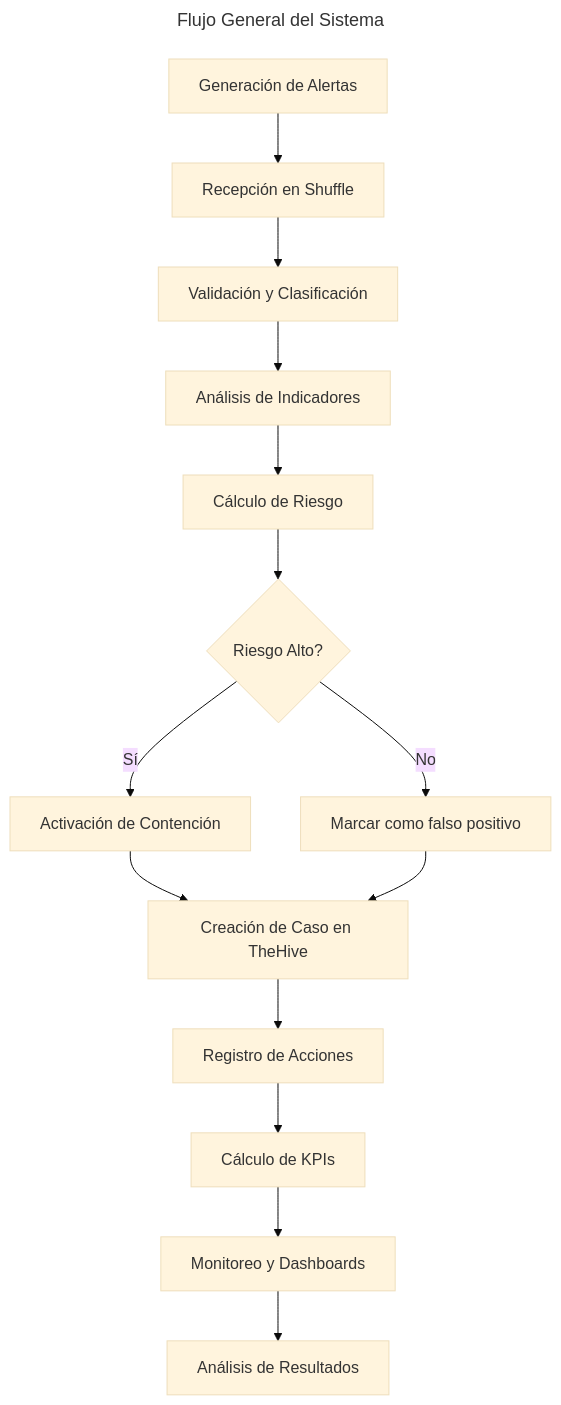
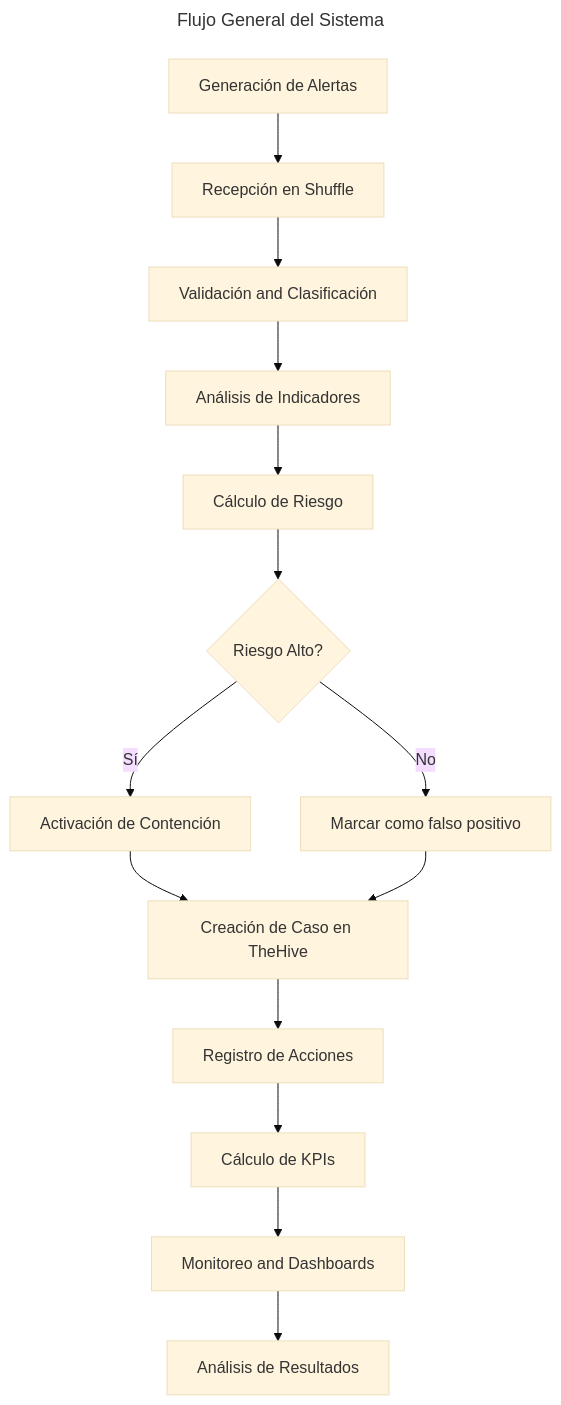
Before and after one commit to alesanfe/soar-ransomware-lab: diagram 17 of 22 in docs/02-architecture.md, drawn with Mermaid (base theme). The commit also changed other lines of this file and 1 other file, not shown here.

Commit message:
docs: fix Mermaid labels Spanish 'y'->'and', 'o'->'or' for consistency

````diff
--- a/docs/02-architecture.md
+++ b/docs/02-architecture.md
@@ -3634,19 +3634,19 @@
 ```mermaid
 ---
 title: Flujo General del Sistema
 ---
 graph TD
     A[Generación de Alertas] --> B[Recepción en Shuffle]
-    B --> C[Validación y Clasificación]
+    B --> C[Validación and Clasificación]
     C --> D[Análisis de Indicadores]
     D --> E[Cálculo de Riesgo]
     E --> F{Riesgo Alto?}
     F -->|Sí| G[Activación de Contención]
     F -->|No| H[Marcar como falso positivo]
     G --> I[Creación de Caso en TheHive]
     H --> I
     I --> J[Registro de Acciones]
     J --> K[Cálculo de KPIs]
-    K --> L[Monitoreo y Dashboards]
+    K --> L[Monitoreo and Dashboards]
     L --> M[Análisis de Resultados]
 ```
````
